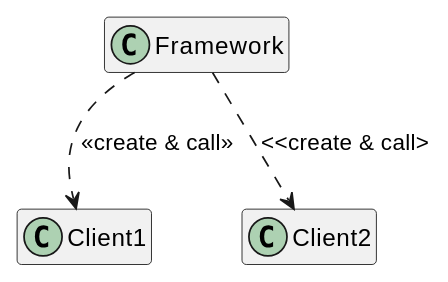
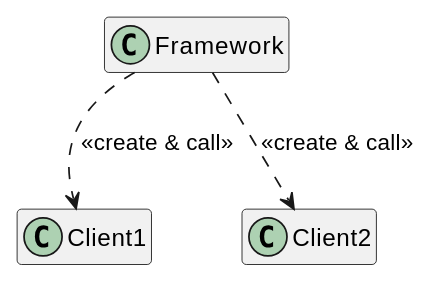
The first of 3 diagrams in doxygen/herbiv_objectorientation.md (wtraylor/modular_megafauna_model), drawn with PlantUML before and after one commit.

Commit message:
corrected little typo in diagram

```diff
--- a/doxygen/herbiv_objectorientation.md
+++ b/doxygen/herbiv_objectorientation.md
@@ -65,6 +65,6 @@
 @startuml
 	hide members
 	hide methods
 	Framework ..> Client1 : <<create & call>>
-	Framework ..> Client2 : <<create & call>
+	Framework ..> Client2 : <<create & call>>
 @enduml
```
